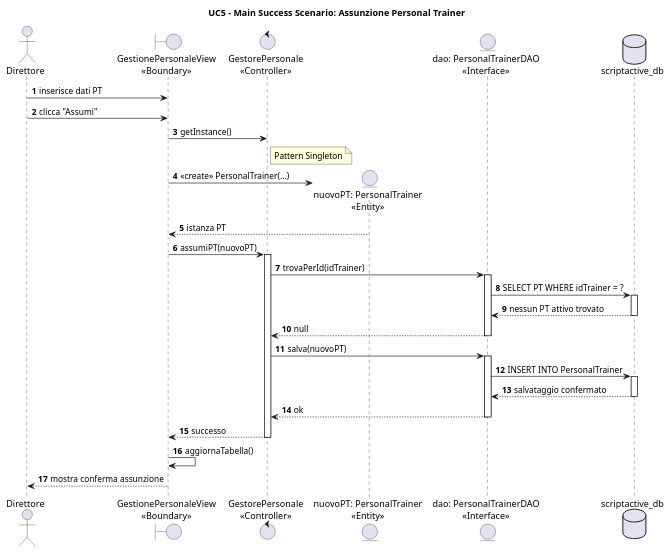
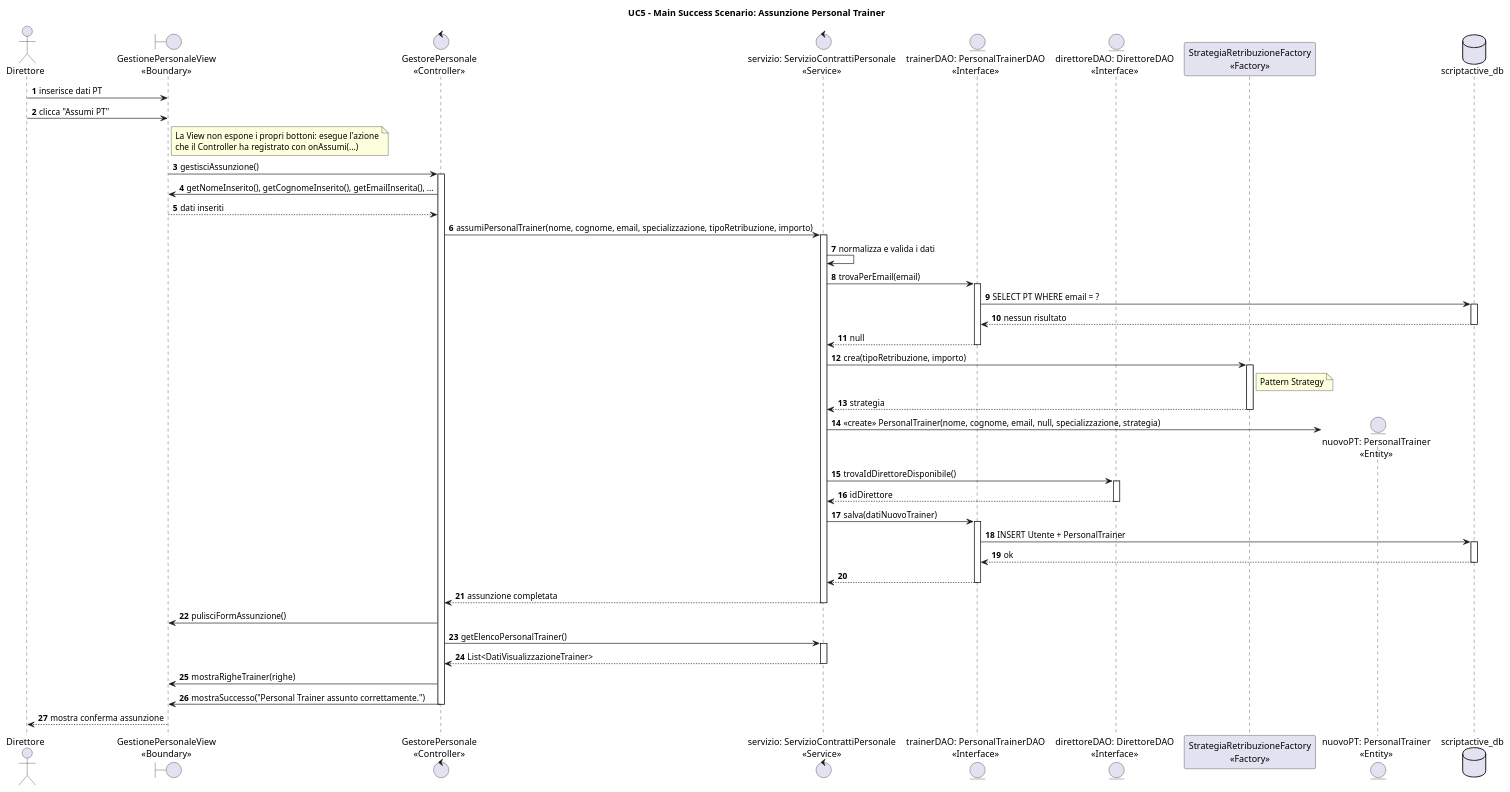
Before and after one commit to svilu999/Progetto-ScriptActive: the first of 8 diagrams in ScriptActive/Documenti/08. Diagrammi di Sequenza/DSequenzaUC5.puml, drawn with PlantUML. The commit also changed other lines of this file and 33 other files, not shown here.

First line of the commit message:
Allinea i diagrammi UML al codice attuale

```diff
--- a/ScriptActive/Documenti/08. Diagrammi di Sequenza/DSequenzaUC5.puml
+++ b/ScriptActive/Documenti/08. Diagrammi di Sequenza/DSequenzaUC5.puml
@@ -10,56 +11,82 @@
-@startuml SS1_AssunzionePT
+@startuml DSequenzaUC5Main1
 title UC5 - Main Success Scenario: Assunzione Personal Trainer
 
 autonumber
 
 actor "Direttore" as Direttore
 boundary "GestionePersonaleView\n<<Boundary>>" as View
 control "GestorePersonale\n<<Controller>>" as Controller
+control "servizio: ServizioContrattiPersonale\n<<Service>>" as Servizio
+entity "trainerDAO: PersonalTrainerDAO\n<<Interface>>" as PTDAO
+entity "direttoreDAO: DirettoreDAO\n<<Interface>>" as DirDAO
+participant "StrategiaRetribuzioneFactory\n<<Factory>>" as Factory
 entity "nuovoPT: PersonalTrainer\n<<Entity>>" as NuovoPT
-entity "dao: PersonalTrainerDAO\n<<Interface>>" as PTDAO
 database "scriptactive_db" as DB
 
 Direttore -> View : inserisce dati PT
-Direttore -> View : clicca "Assumi"
+Direttore -> View : clicca "Assumi PT"
 
-View -> Controller : getInstance()
-note right of Controller
-Pattern Singleton
+note right of View
+La View non espone i propri bottoni: esegue l'azione
+che il Controller ha registrato con onAssumi(...)
 end note
+View -> Controller : gestisciAssunzione()
+activate Controller
+
+Controller -> View : getNomeInserito(), getCognomeInserito(), getEmailInserita(), ...
+View --> Controller : dati inseriti
+
+Controller -> Servizio : assumiPersonalTrainer(nome, cognome, email, specializzazione, tipoRetribuzione, importo)
+activate Servizio
+
+Servizio -> Servizio : normalizza e valida i dati
+
+Servizio -> PTDAO : trovaPerEmail(email)
+activate PTDAO
+PTDAO -> DB : SELECT PT WHERE email = ?
+activate DB
+DB --> PTDAO : nessun risultato
+deactivate DB
+PTDAO --> Servizio : null
+deactivate PTDAO
+
+Servizio -> Factory : crea(tipoRetribuzione, importo)
+activate Factory
+note right of Factory
+Pattern Strategy
+end note
+Factory --> Servizio : strategia
+deactivate Factory
 
 create NuovoPT
-View -> NuovoPT : <<create>> PersonalTrainer(...)
-NuovoPT --> View : istanza PT
+Servizio -> NuovoPT : <<create>> PersonalTrainer(nome, cognome, email, null, specializzazione, strategia)
 
-View -> Controller : assumiPT(nuovoPT)
-activate Controller
+Servizio -> DirDAO : trovaIdDirettoreDisponibile()
+activate DirDAO
+DirDAO --> Servizio : idDirettore
+deactivate DirDAO
 
-Controller -> PTDAO : trovaPerId(idTrainer)
+Servizio -> PTDAO : salva(datiNuovoTrainer)
 activate PTDAO
-
-PTDAO -> DB : SELECT PT WHERE idTrainer = ?
+PTDAO -> DB : INSERT Utente + PersonalTrainer
 activate DB
-DB --> PTDAO : nessun PT attivo trovato
+DB --> PTDAO : ok
 deactivate DB
-
-PTDAO --> Controller : null
+PTDAO --> Servizio
 deactivate PTDAO
 
-Controller -> PTDAO : salva(nuovoPT)
-activate PTDAO
+Servizio --> Controller : assunzione completata
+deactivate Servizio
 
-PTDAO -> DB : INSERT INTO PersonalTrainer
-activate DB
-DB --> PTDAO : salvataggio confermato
-deactivate DB
-
-PTDAO --> Controller : ok
-deactivate PTDAO
-
-Controller --> View : successo
+Controller -> View : pulisciFormAssunzione()
+Controller -> Servizio : getElencoPersonalTrainer()
+activate Servizio
+Servizio --> Controller : List<DatiVisualizzazioneTrainer>
+deactivate Servizio
+Controller -> View : mostraRigheTrainer(righe)
+Controller -> View : mostraSuccesso("Personal Trainer assunto correttamente.")
 deactivate Controller
 
-View -> View : aggiornaTabella()
 View --> Direttore : mostra conferma assunzione
 
 @enduml
```
